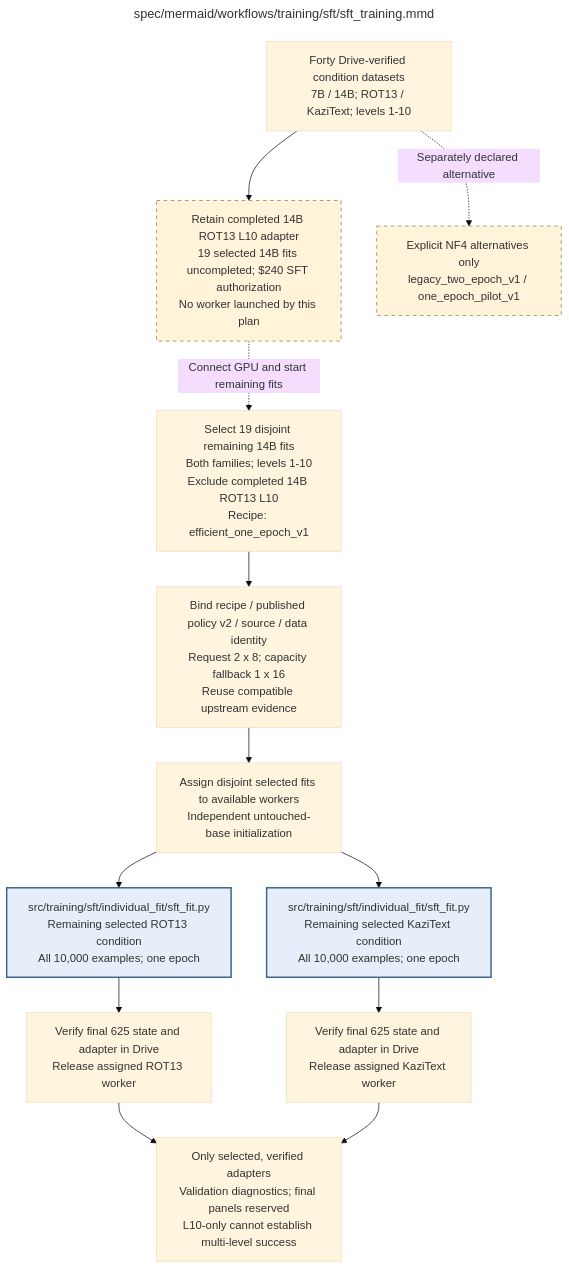
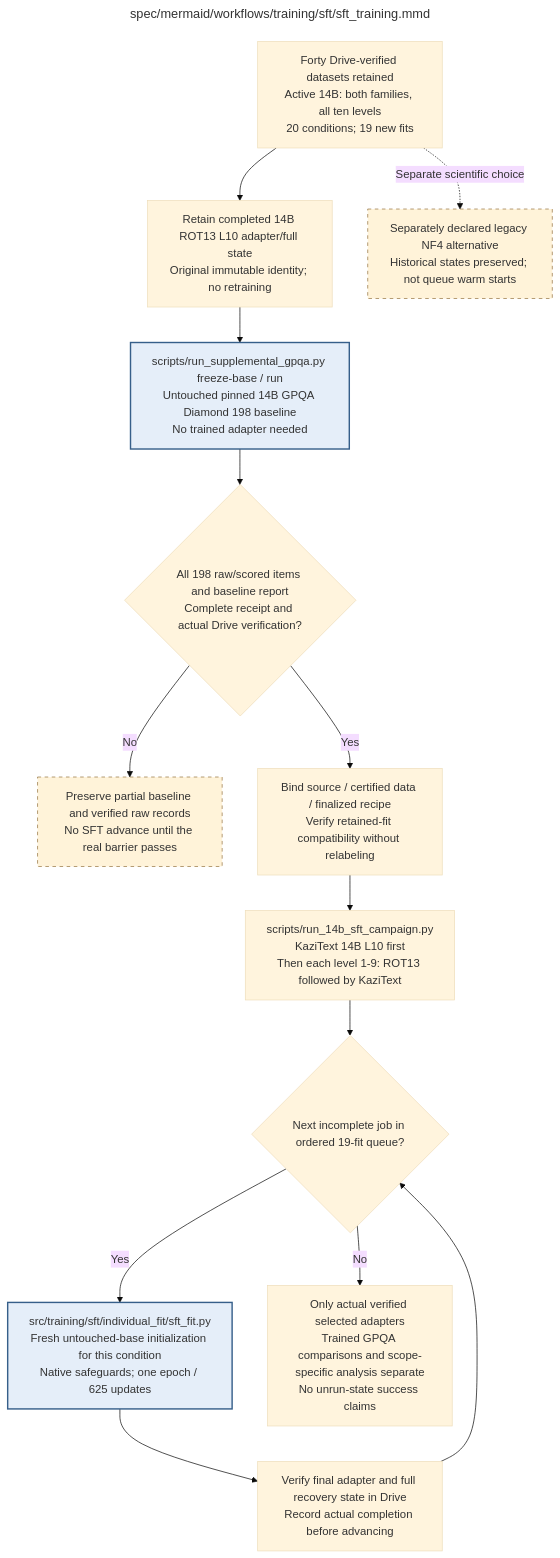
One commit to AJUNNYC/inducing_persistent_textual_chain_of_thought_illegibility changed the diagram in docs/modules/training/sft/sft_training.md. Above: the diagram before and after it, drawn with Mermaid (base theme). The commit also changed other lines of this file and 27 other files, not shown here.

Commit message:
Document baseline-first 14B campaign and synchronize repository inventory

````diff
--- a/docs/modules/training/sft/sft_training.md
+++ b/docs/modules/training/sft/sft_training.md
@@ -85,46 +85,48 @@
 ```mermaid
 ---
 title: "spec/mermaid/workflows/training/sft/sft_training.mmd"
 ---
 flowchart TD
-%% Default efficient_one_epoch_v1 applies per explicitly selected fit.
-%% Forty datasets remain available; 14B ROT13 L10 completed 625, leaving 19 selected 14B fits uncompleted.
-%% $240 SFT authorized 13 Oct; retain completed adapter. No new worker or benchmark campaign implied.
-%% One epoch: all 10,000 examples once, 625 updates, cosine horizon 625, warmup 19.
-%% Declared baseline: BF16 base/head, exact full-gradient CCE, SDPA, plain AdamW.
-%% Completion-only per-example weighting, full 4096 targets, LoRA and effective batch remain fixed.
-%% Policy v2 requests physical 2 x 8; capacity fallback 1 x 16 retains effective 16.
-%% Fresh duplicate-longest capacity order: 2/off, 1/off, 2/on, 1/on; exact resume keeps actual mode.
-%% Legacy NF4 one/two-epoch recipes retain separate source/configuration/state identities.
-%% Historical PRO/A100 partial checkpoints remain archives, never new-recipe warm starts.
-%% Native guards passed only for completed 14B ROT13 L10; actual 1 x 16/checkpointing off.
-%% Fit5793.143751s; worker6322.565654s; other condition runtimes unmeasured.
-%% Child: ROTFIT => individual_fit/sft_fit.mmd
-%% Child: KAZFIT => individual_fit/sft_fit.mmd
-    INPUT["Forty Drive-verified condition datasets<br/>7B / 14B; ROT13 / KaziText; levels 1-10"]
-    PAUSE["Retain completed 14B ROT13 L10 adapter<br/>19 selected 14B fits uncompleted; $240 SFT authorization<br/>No worker launched by this plan"]
-    SELECT["Select 19 disjoint remaining 14B fits<br/>Both families; levels 1-10<br/>Exclude completed 14B ROT13 L10<br/>Recipe: efficient_one_epoch_v1"]
-    BIND["Bind recipe / published policy v2 / source / data identity<br/>Request 2 x 8; capacity fallback 1 x 16<br/>Reuse compatible upstream evidence"]
-    PLAN["Assign disjoint selected fits to available workers<br/>Independent untouched-base initialization"]
-    ROTFIT["src/training/sft/individual_fit/sft_fit.py<br/>Remaining selected ROT13 condition<br/>All 10,000 examples; one epoch"]
-    KAZFIT["src/training/sft/individual_fit/sft_fit.py<br/>Remaining selected KaziText condition<br/>All 10,000 examples; one epoch"]
-    ROTDONE["Verify final 625 state and adapter in Drive<br/>Release assigned ROT13 worker"]
-    KAZDONE["Verify final 625 state and adapter in Drive<br/>Release assigned KaziText worker"]
-    OUT["Only selected, verified adapters<br/>Validation diagnostics; final panels reserved<br/>L10-only cannot establish multi-level success"]
-    LEGACY["Explicit NF4 alternatives only<br/>legacy_two_epoch_v1 / one_epoch_pilot_v1"]
-    INPUT --> PAUSE
-    PAUSE -.->|Connect GPU and start remaining fits| SELECT --> BIND --> PLAN
-    PLAN --> ROTFIT --> ROTDONE --> OUT
-    PLAN --> KAZFIT --> KAZDONE --> OUT
-    INPUT -.->|Separately declared alternative| LEGACY
+%% Current coordinator: scripts/run_14b_sft_campaign.py; no new work claimed complete here.
+%% Forty prepared datasets retained; active scope is 20 14B conditions, 19 new fits.
+%% Retain completed ROT13 14B L10 with immutable source 2ea4fb9/config 6f7e5048 identity.
+%% Baseline-only GPQA CLI needs no trained adapter; require real Diamond 198 completion and Drive verification.
+%% New fits: KaziText L10 first, then ROT13/KaziText at levels 1-9 ascending; serialize this queue.
+%% Each starts from untouched pinned base; default efficient_one_epoch_v1 applies per fit.
+%% All 10,000 examples once; 625 updates/cosine horizon; 19 warmup; full targets/effective 16.
+%% BF16 base/head, exact full-gradient CCE, SDPA, plain AdamW; original LoRA/masks/LR unchanged.
+%% Requested 2 x 8; CUDA-OOM-only capacity fallback 1 x 16; recorded execution mode frozen for recovery.
+%% Checkpoints every 100/final 625, verified Drive outputs before advancement.
+%% $240 authorization retained; no new inferred hourly price or rate-based cutoff.
+%% Explicit UTC deadlines and safe user pauses remain separate controls.
+%% Historical 7B/NF4 outputs retained; no warm starts or success inferred from missing states.
+%% Child: FIT => individual_fit/sft_fit.mmd
+    INPUT["Forty Drive-verified datasets retained<br/>Active 14B: both families, all ten levels<br/>20 conditions; 19 new fits"]
+    RETAIN["Retain completed 14B ROT13 L10 adapter/full state<br/>Original immutable identity; no retraining"]
+    BASE["scripts/run_supplemental_gpqa.py freeze-base / run<br/>Untouched pinned 14B GPQA Diamond 198 baseline<br/>No trained adapter needed"]
+    BARRIER{"All 198 raw/scored items and baseline report<br/>Complete receipt and actual Drive verification?"}
+    WAIT["Preserve partial baseline and verified raw records<br/>No SFT advance until the real barrier passes"]
+    BIND["Bind source / certified data / finalized recipe<br/>Verify retained-fit compatibility without relabeling"]
+    ORDER["scripts/run_14b_sft_campaign.py<br/>KaziText 14B L10 first<br/>Then each level 1-9: ROT13 followed by KaziText"]
+    NEXT{"Next incomplete job in ordered 19-fit queue?"}
+    FIT["src/training/sft/individual_fit/sft_fit.py<br/>Fresh untouched-base initialization for this condition<br/>Native safeguards; one epoch / 625 updates"]
+    SAVE["Verify final adapter and full recovery state in Drive<br/>Record actual completion before advancing"]
+    OUT["Only actual verified selected adapters<br/>Trained GPQA comparisons and scope-specific analysis separate<br/>No unrun-state success claims"]
+    LEGACY["Separately declared legacy NF4 alternative<br/>Historical states preserved; not queue warm starts"]
+    INPUT --> RETAIN --> BASE --> BARRIER
+    BARRIER -->|No| WAIT
+    BARRIER -->|Yes| BIND --> ORDER --> NEXT
+    NEXT -->|Yes| FIT --> SAVE --> NEXT
+    NEXT -->|No| OUT
+    INPUT -.->|Separate scientific choice| LEGACY
     classDef detail fill:#e5eef9,stroke:#365f8a,stroke-width:2px
-    class ROTFIT,KAZFIT detail
+    class BASE,FIT detail
     classDef stop fill:#fff3d9,stroke:#95733f,stroke-dasharray:5 5
-    class PAUSE,LEGACY stop
+    class WAIT,LEGACY stop
 
 %% Repository module: src/training/sft/sft_training.py
 %% Module documentation: docs/modules/training/sft/sft_training.md
 %% Unit test: tests/unit/training/sft/test_sft_training.py
 %% Owner: sft
-%% Source sections: C.2; E.1.1-E.1.3; E.2.2,E.2.5; authorized efficient redesign
+%% Source sections: C.2; E.1.1-E.1.3; E.2.2,E.2.5; authorized efficient redesign/current queue
 ```
````
